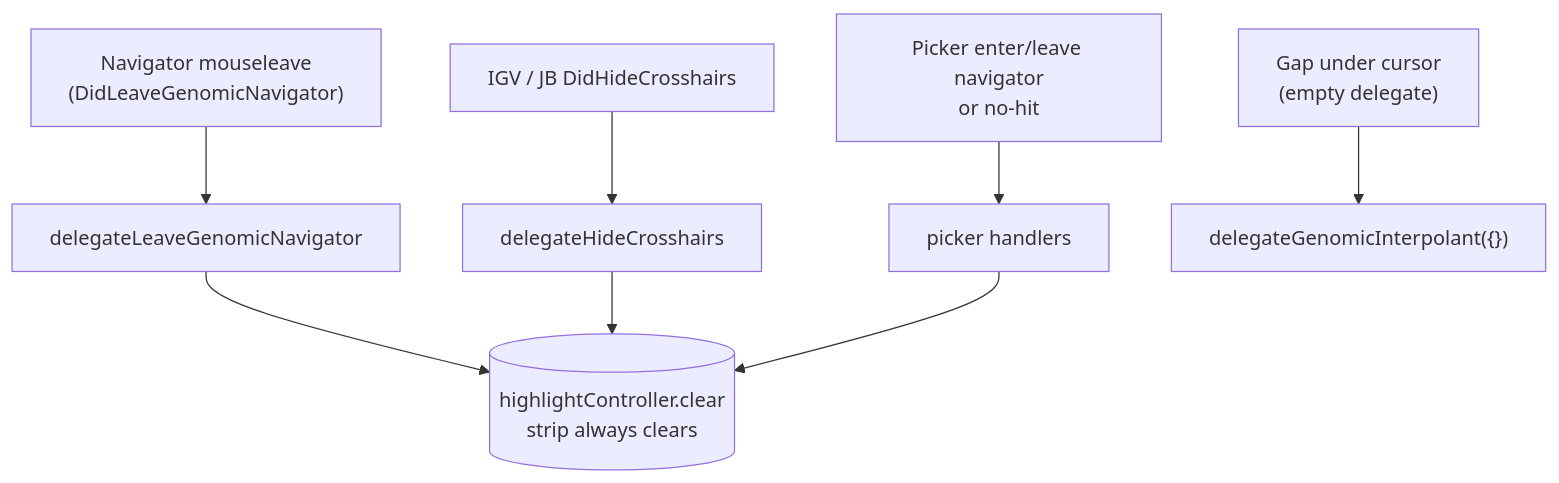
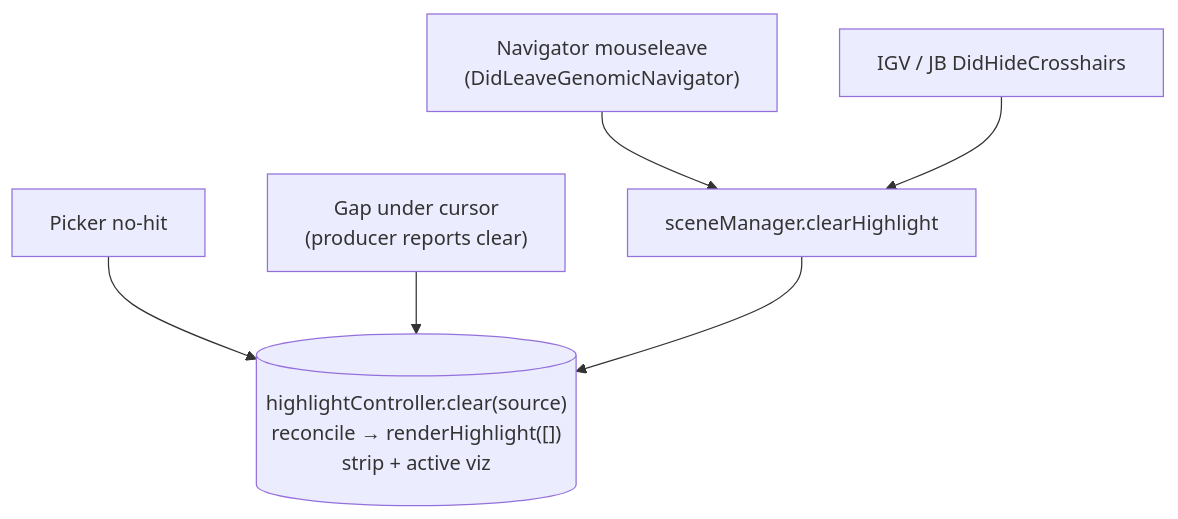
Before and after one commit to aidenlab/spacewalk: the seventh of 7 diagrams in development-notes/highlighting-participant-map.md, drawn with Mermaid. The commit also changed other lines of this file and 5 other files, not shown here.

First line of the commit message:
Highlighting: collapse the clear-path routers into one clearHighlight() (#68)

````diff
--- a/development-notes/highlighting-participant-map.md
+++ b/development-notes/highlighting-participant-map.md
@@ -327,11 +333,9 @@
 ```mermaid
 %%{init: {'themeVariables': {'fontSize': '16px', 'fontFamily': 'arial'}}}%%
 flowchart TB
-    E1["Navigator mouseleave<br/>(DidLeaveGenomicNavigator)"] --> R1["delegateLeaveGenomicNavigator"]
-    E2["IGV / JB DidHideCrosshairs"] --> R2["delegateHideCrosshairs"]
-    E3["Picker enter/leave navigator<br/>or no-hit"] --> R3["picker handlers"]
-    E4["Gap under cursor<br/>(empty delegate)"] --> R4["delegateGenomicInterpolant({})"]
-    R1 --> HC[("highlightController.clear<br/>strip always clears")]
-    R2 --> HC
-    R3 --> HC
+    E1["Navigator mouseleave<br/>(DidLeaveGenomicNavigator)"] --> CH["sceneManager.clearHighlight"]
+    E2["IGV / JB DidHideCrosshairs"] --> CH
+    E3["Picker no-hit"] --> HC
+    E4["Gap under cursor<br/>(producer reports clear)"] --> HC
+    CH --> HC[("highlightController.clear(source)<br/>reconcile → renderHighlight([])<br/>strip + active viz")]
 ```
````
